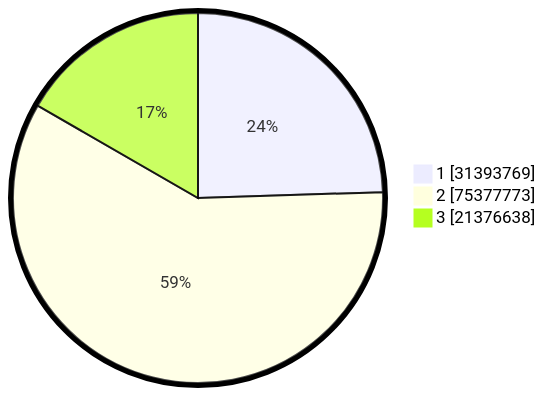
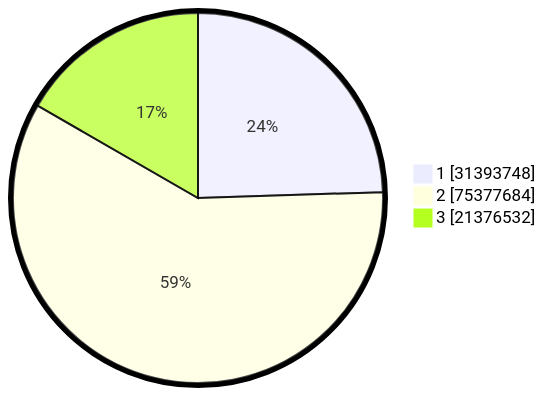
Before and after one commit to gigit-pemilu/pemilu-2024: the second of 2 diagrams in pilpres/hitung-suara/README.md, drawn with Mermaid. The commit also changed other lines of this file and 8 other files, not shown here.

````diff
--- a/pilpres/hitung-suara/README.md
+++ b/pilpres/hitung-suara/README.md
@@ -93,7 +93,7 @@
 ```mermaid
 %%{init: {"pie": {"textPosition": 0.5}, "themeVariables": {"pieOuterStrokeWidth": "5px"}} }%%
 pie showData
-    "1" : 31393769
-    "2" : 75377773
-    "3" : 21376638
+    "1" : 31393748
+    "2" : 75377684
+    "3" : 21376532
 ```
````
